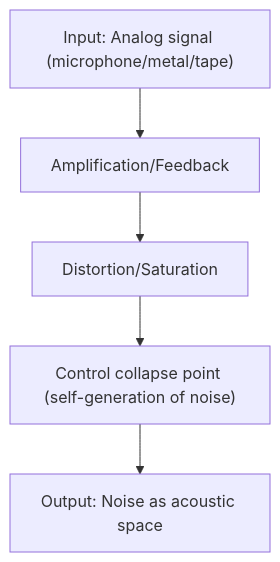
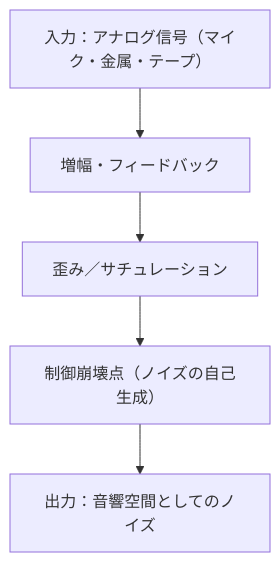
One commit to monumental-movement/monumental-movement.github.io changed the second of 4 diagrams in en/_posts/2025-10-26-column-merzbow.md. Above: the diagram before and after it, drawn with Mermaid. The commit also changed other lines of this file and 211 other files, not shown here.

```diff
--- a/en/_posts/2025-10-26-column-merzbow.md
+++ b/en/_posts/2025-10-26-column-merzbow.md
@@ -137,11 +137,11 @@
 <div class="mermaid">
 
 flowchart TD
-A["Input: Analog signal (microphone/metal/tape)"]
-B["Amplification/Feedback"]
-C["Distortion/Saturation"]
-D["Control collapse point (self-generation of noise)"]
-E["Output: Noise as acoustic space"]
-A --> B --> C --> D --> E
+    A["入力：アナログ信号（マイク・金属・テープ）"]
+    B["増幅・フィードバック"]
+    C["歪み／サチュレーション"]
+    D["制御崩壊点（ノイズの自己生成）"]
+    E["出力：音響空間としてのノイズ"]
+    A --> B --> C --> D --> E
 
 </div>
```
